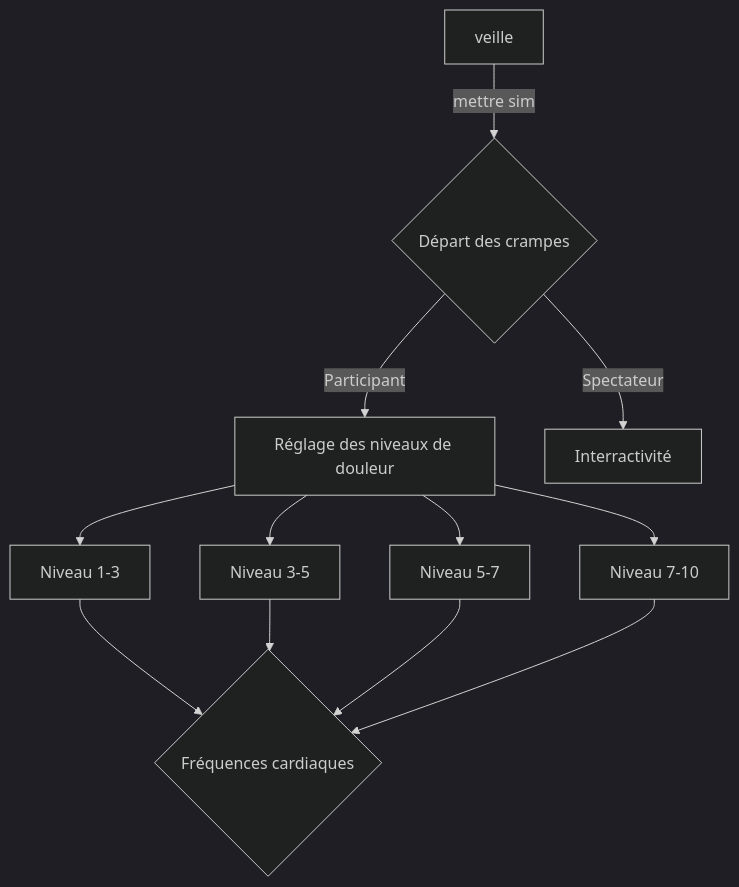
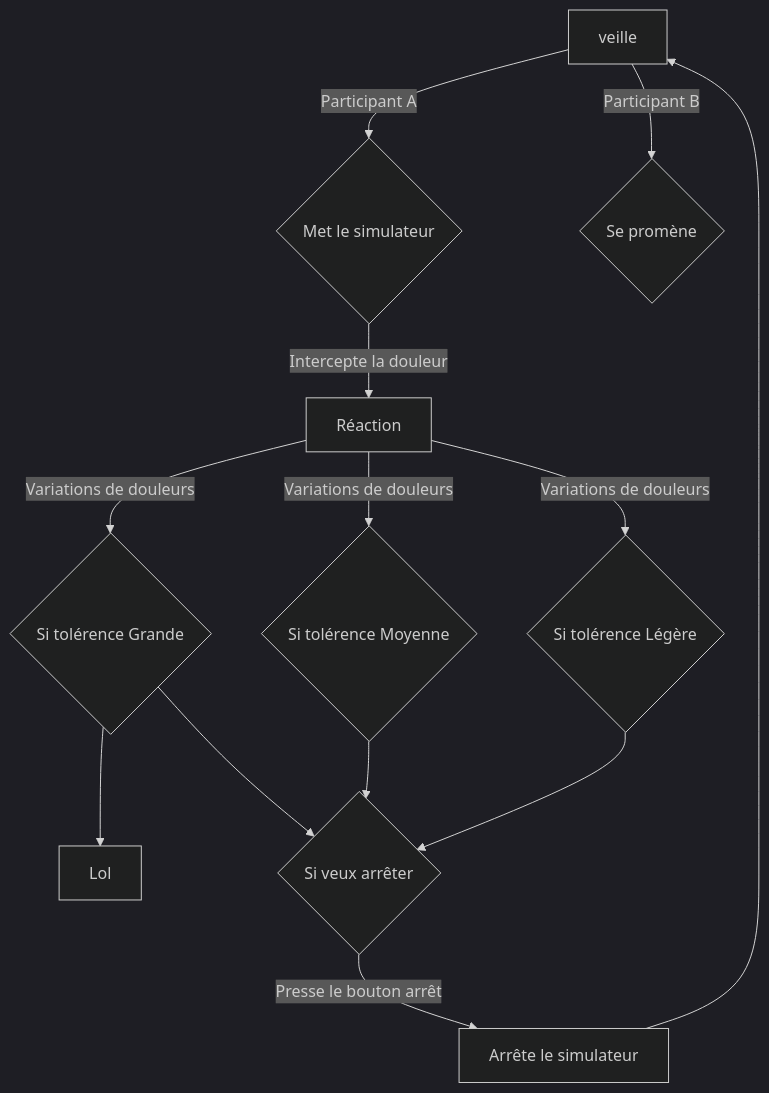
Before and after one commit to KenzaElHarrif/scenarisation_kenza: the diagram in README.md, drawn with Mermaid (dark theme). The commit also changed other lines of this file, not shown here.

````diff
--- a/README.md
+++ b/README.md
@@ -28,14 +28,20 @@
 ```mermaid
 graph TD;
-    A[veille]--mettre sim-->B{Départ des crampes};
-    B-- Participant -->C[Réglage des niveaux de douleur];
-    B-- Spectateur -->D[Interractivité];
-    C-->E[Niveau 1-3];
-    C-->F[Niveau 3-5];
-    C-->G[Niveau 5-7];
-    C-->H[Niveau 7-10];
-    E-->I{Fréquences cardiaques};
-    F-->I{Fréquences cardiaques};
-    G-->I{Fréquences cardiaques};
-    H-->I{Fréquences cardiaques};
+    A[veille]--Participant A-->B{Met le simulateur};
+    B --Intercepte la douleur--> C[Réaction];
+    
+    
+    C --Variations de douleurs --> F{Si tolérence Grande};
+    F --> I[Lol]
+    F --> D{Si veux arrêter};
+    D -- Presse le bouton arrêt --> E[Arrête le simulateur];
+    E --> A;
+    C --Variations de douleurs --> G{Si tolérence Moyenne};
+    C --Variations de douleurs --> H{Si tolérence Légère};
+    
+    G --> D;
+    H --> D;
+    
+    A --Participant B-->X{Se promène};
+    
 ```
````
